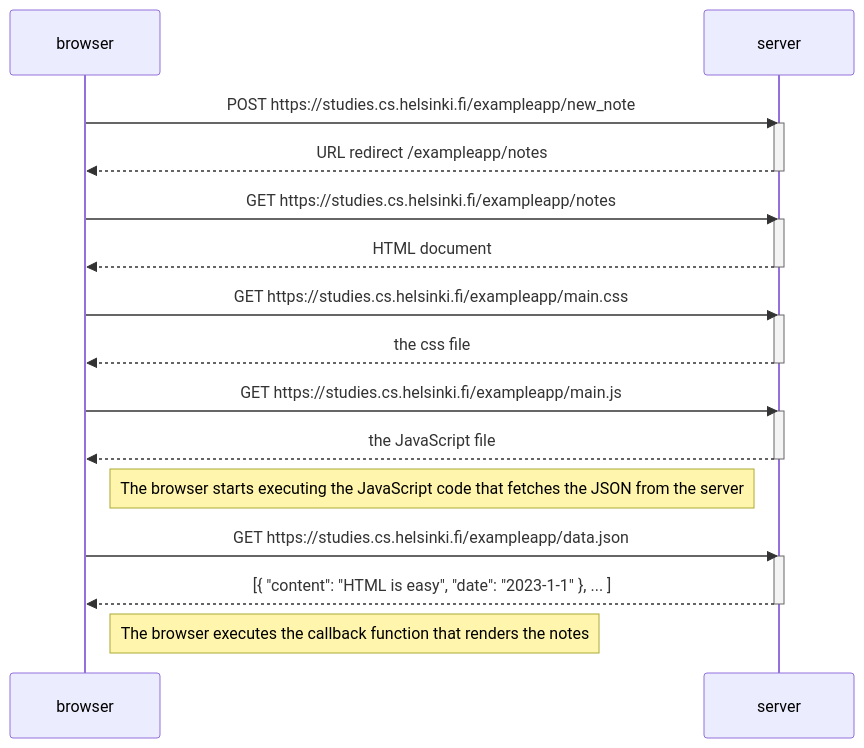
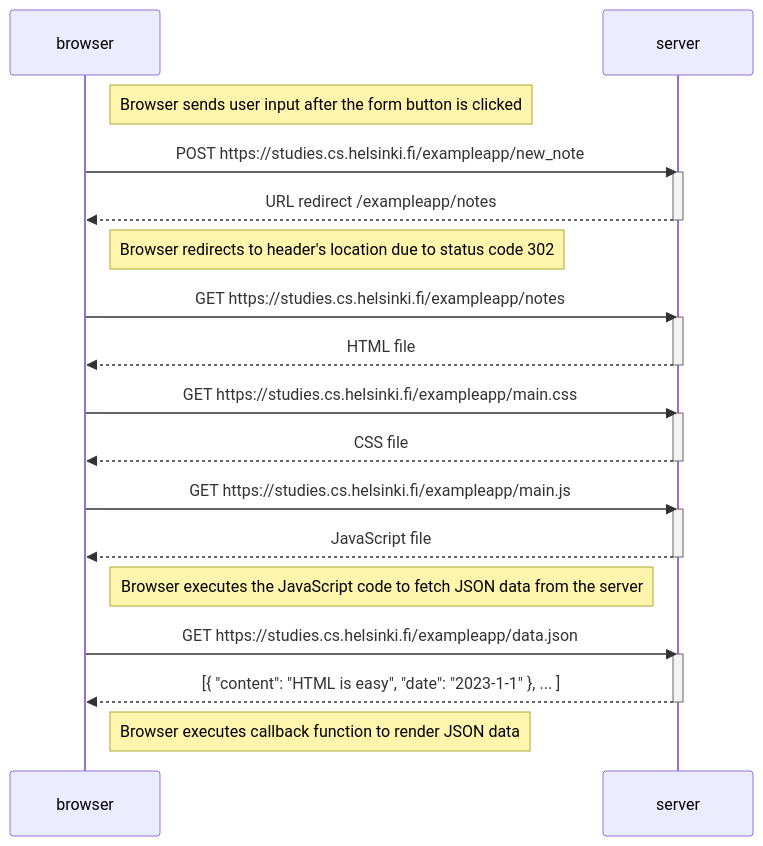
One commit to private1147/CSM141082 changed the diagram in part0/SaveText.md. Above: the diagram before and after it, drawn with Mermaid. The commit also changed 1 other file, not shown here.

Commit message:
Finalize exercise 0.4

````diff
--- a/part0/SaveText.md
+++ b/part0/SaveText.md
@@ -1,34 +1,38 @@
 ```mermaid
 sequenceDiagram
     participant browser
     participant server
+
+    Note right of browser: Browser sends user input after the form button is clicked
 
     browser->>server: POST https://studies.cs.helsinki.fi/exampleapp/new_note
     activate server
     server-->>browser: URL redirect /exampleapp/notes
     deactivate server
 
+    Note right of browser: Browser redirects to header's location due to status code 302 
+
     browser->>server: GET https://studies.cs.helsinki.fi/exampleapp/notes
     activate server
-    server-->>browser: HTML document
+    server-->>browser: HTML file
     deactivate server
 
     browser->>server: GET https://studies.cs.helsinki.fi/exampleapp/main.css
     activate server
-    server-->>browser: the css file
+    server-->>browser: CSS file
     deactivate server
 
     browser->>server: GET https://studies.cs.helsinki.fi/exampleapp/main.js
     activate server
-    server-->>browser: the JavaScript file
+    server-->>browser: JavaScript file
     deactivate server
 
-    Note right of browser: The browser starts executing the JavaScript code that fetches the JSON from the server
+    Note right of browser: Browser executes the JavaScript code to fetch JSON data from the server
 
     browser->>server: GET https://studies.cs.helsinki.fi/exampleapp/data.json
     activate server
     server-->>browser: [{ "content": "HTML is easy", "date": "2023-1-1" }, ... ]
     deactivate server
 
-    Note right of browser: The browser executes the callback function that renders the notes
+    Note right of browser: Browser executes callback function to render JSON data
 ```
````
